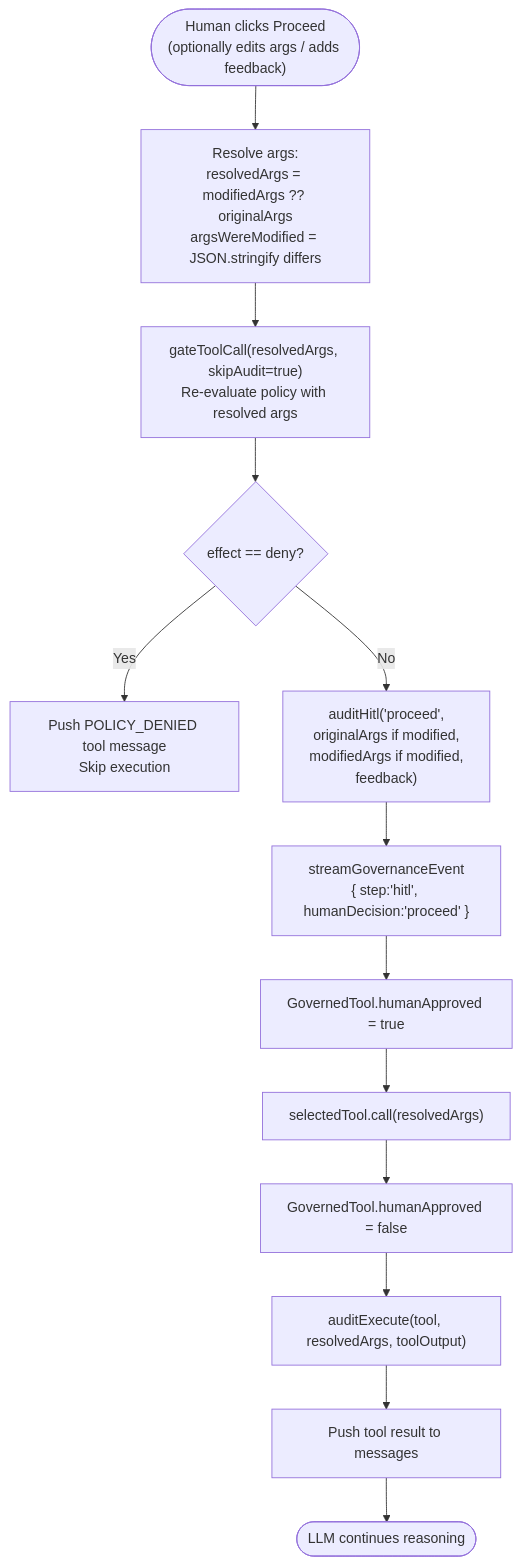
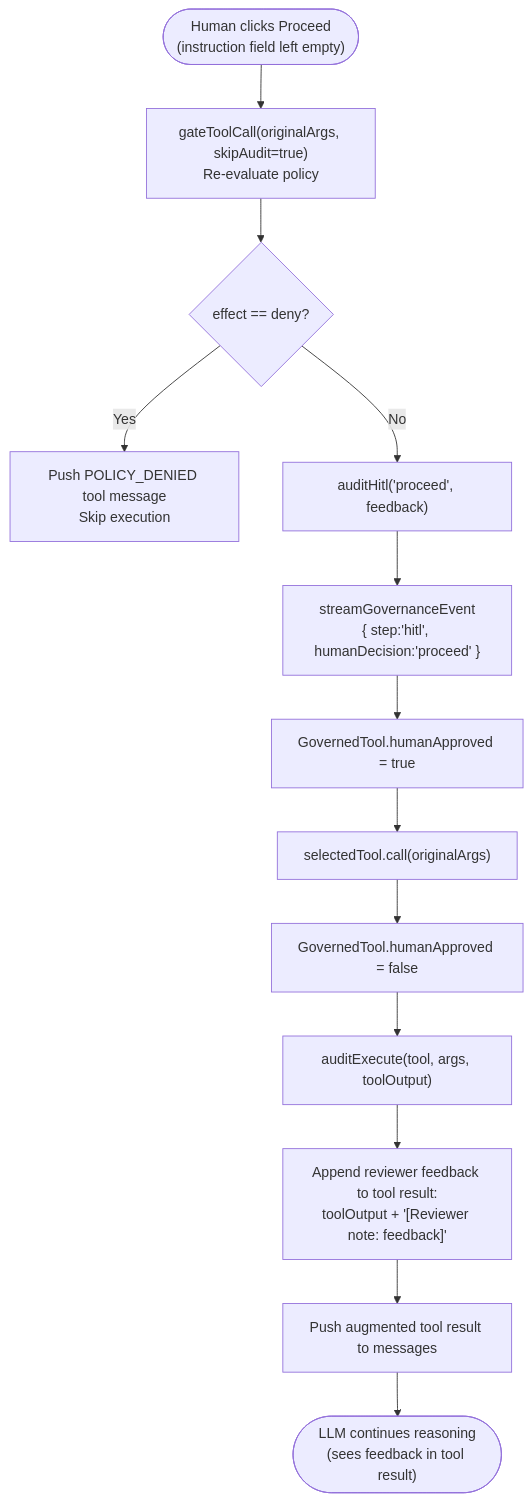
One commit to FlowiseAI/Flowise changed diagram 11 of 21 in hackathon/governance-design.md. Above: the diagram before and after it, drawn with Mermaid. The commit also changed other lines of this file and 1 other file, not shown here.

First line of the commit message:
feat(governance): refactor HITL proceed path to support redirect instructions

````diff
--- a/hackathon/governance-design.md
+++ b/hackathon/governance-design.md
@@ -474,29 +499,29 @@
 ```mermaid
 flowchart TD
-    HumanProceed(["Human clicks Proceed\n(optionally edits args / adds feedback)"])
-    ResolveArgs["Resolve args:\nresolvedArgs = modifiedArgs ?? originalArgs\nargsWereModified = JSON.stringify differs"]
-    ReGate["gateToolCall(resolvedArgs, skipAudit=true)\nRe-evaluate policy with resolved args"]
+    HumanProceed(["Human clicks Proceed\n(instruction field left empty)"])
+    ReGate["gateToolCall(originalArgs, skipAudit=true)\nRe-evaluate policy"]
     IsDeny{"effect == deny?"}
     DenyMsg["Push POLICY_DENIED tool message\nSkip execution"]
-    AuditHitl["auditHitl('proceed',\noriginalArgs if modified,\nmodifiedArgs if modified,\nfeedback)"]
+    AuditHitl["auditHitl('proceed', feedback)"]
     StreamApprove["streamGovernanceEvent\n{ step:'hitl', humanDecision:'proceed' }"]
     SetApproved["GovernedTool.humanApproved = true"]
-    Execute["selectedTool.call(resolvedArgs)"]
+    Execute["selectedTool.call(originalArgs)"]
     ResetApproved["GovernedTool.humanApproved = false"]
-    AuditExec["auditExecute(tool, resolvedArgs, toolOutput)"]
-    PushResult["Push tool result to messages"]
-    LLMContinues(["LLM continues reasoning"])
+    AuditExec["auditExecute(tool, args, toolOutput)"]
+    InjectFeedback["Append reviewer feedback to tool result:\ntoolOutput + '[Reviewer note: feedback]'"]
+    PushResult["Push augmented tool result to messages"]
+    LLMContinues(["LLM continues reasoning\n(sees feedback in tool result)"])
 
-    HumanProceed --> ResolveArgs
-    ResolveArgs --> ReGate
+    HumanProceed --> ReGate
     ReGate --> IsDeny
     IsDeny -- Yes --> DenyMsg
     IsDeny -- No --> AuditHitl
     AuditHitl --> StreamApprove
     StreamApprove --> SetApproved
     SetApproved --> Execute
     Execute --> ResetApproved
     ResetApproved --> AuditExec
-    AuditExec --> PushResult
+    AuditExec --> InjectFeedback
+    InjectFeedback --> PushResult
     PushResult --> LLMContinues
 ```
````
